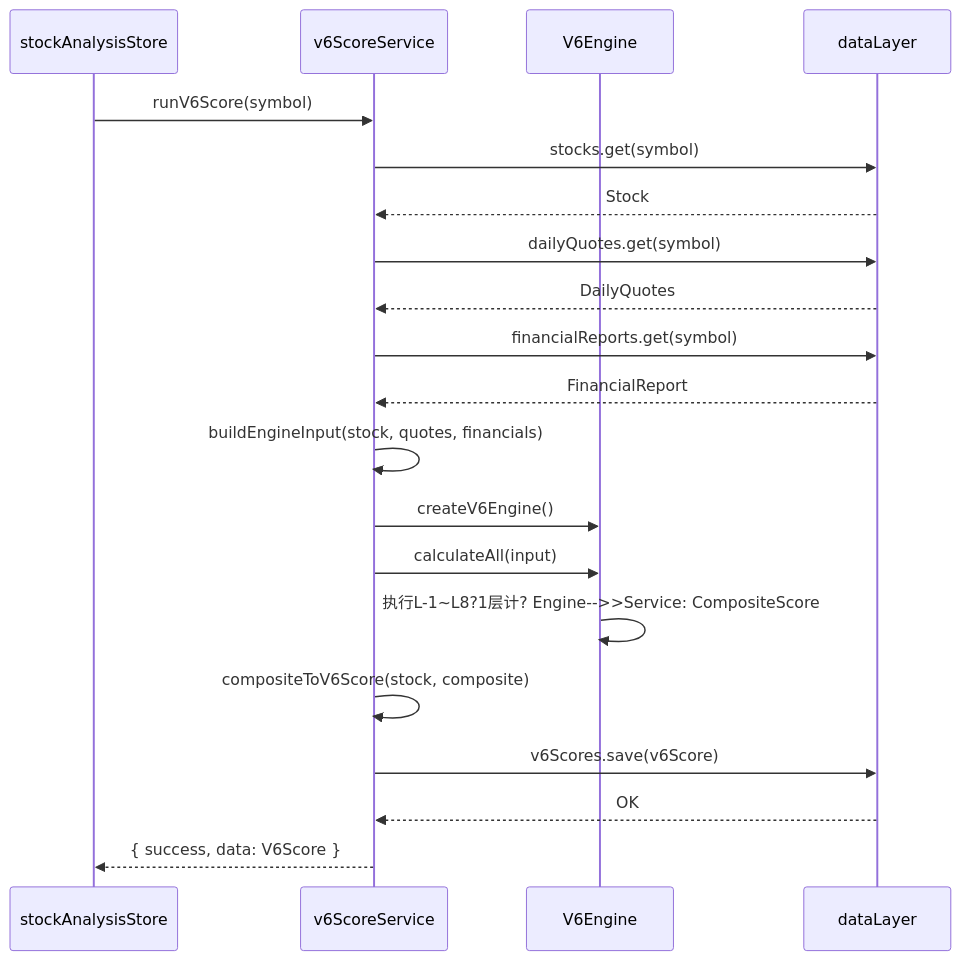
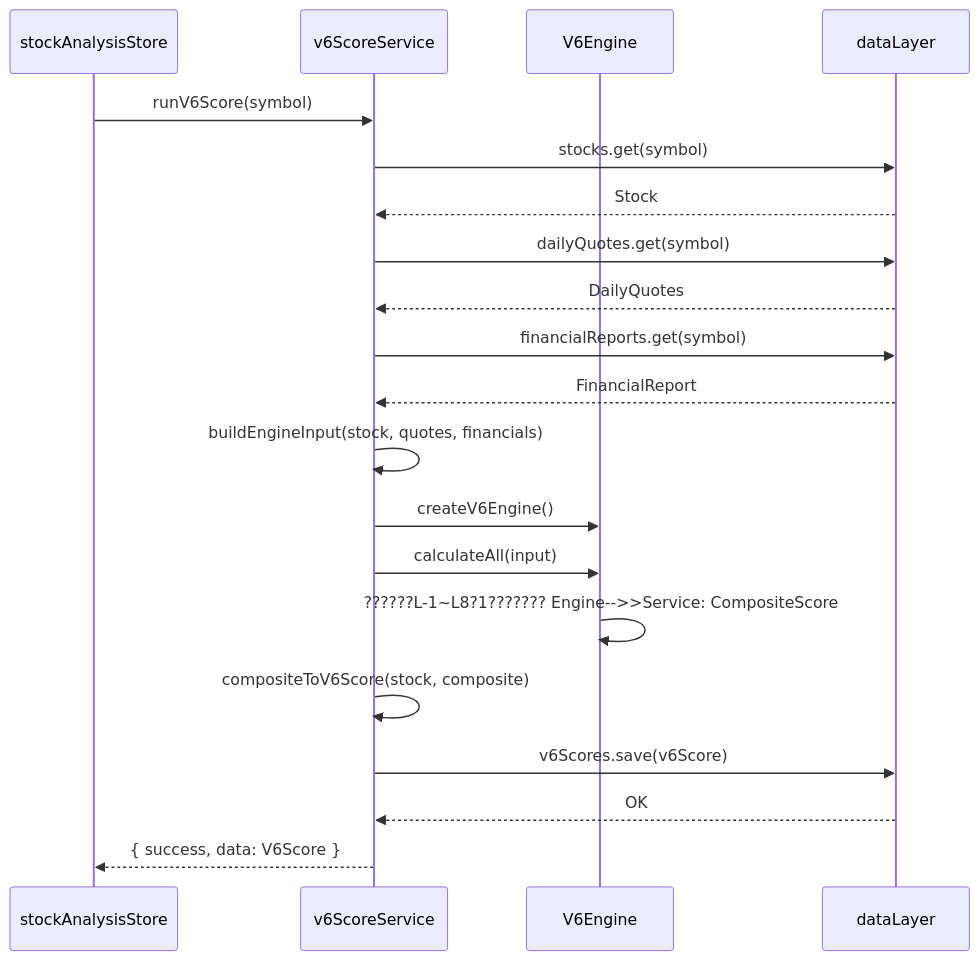
The sixth of 19 diagrams in docs/explanation/design/databridge数据链路全景分析报告.md (DHENGHONGYU/-), drawn with Mermaid before and after one commit. The commit also changed other lines of this file and 664 other files, not shown here.

````diff
--- a/docs/explanation/design/databridge数据链路全景分析报告.md
+++ b/docs/explanation/design/databridge数据链路全景分析报告.md
@@ -199,30 +199,30 @@
 ```mermaid
 sequenceDiagram
     participant Store as stockAnalysisStore
     participant Service as v6ScoreService
     participant Engine as V6Engine
     participant DataLayer as dataLayer
     
     Store->>Service: runV6Score(symbol)
     Service->>DataLayer: stocks.get(symbol)
     DataLayer-->>Service: Stock
     
     Service->>DataLayer: dailyQuotes.get(symbol)
     DataLayer-->>Service: DailyQuotes
     
     Service->>DataLayer: financialReports.get(symbol)
     DataLayer-->>Service: FinancialReport
     
     Service->>Service: buildEngineInput(stock, quotes, financials)
     
     Service->>Engine: createV6Engine()
     Service->>Engine: calculateAll(input)
-    Engine->>Engine: 执行L-1~L8?1层计?    Engine-->>Service: CompositeScore
+    Engine->>Engine: ??????L-1~L8?1???????    Engine-->>Service: CompositeScore
     
     Service->>Service: compositeToV6Score(stock, composite)
     
     Service->>DataLayer: v6Scores.save(v6Score)
     DataLayer-->>Service: OK
     
     Service-->>Store: { success, data: V6Score }
 ```
````
